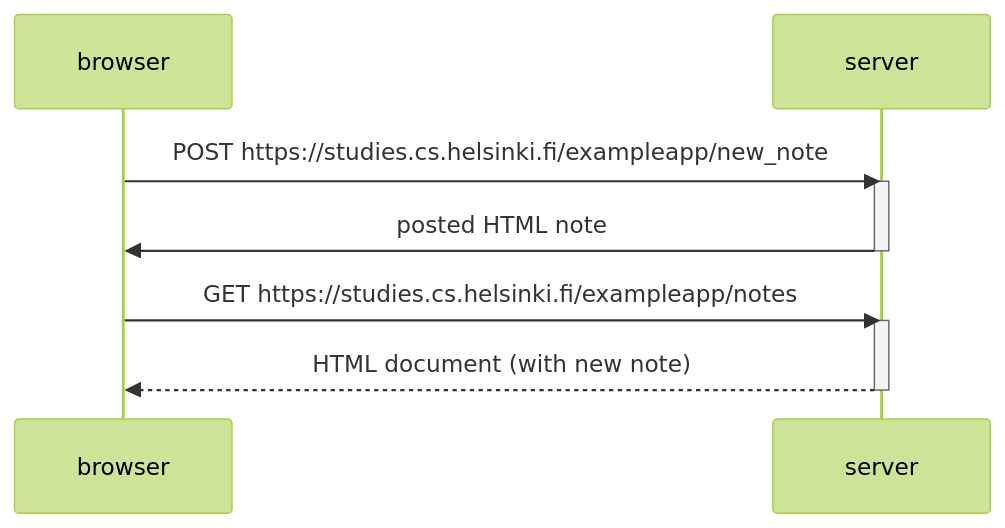
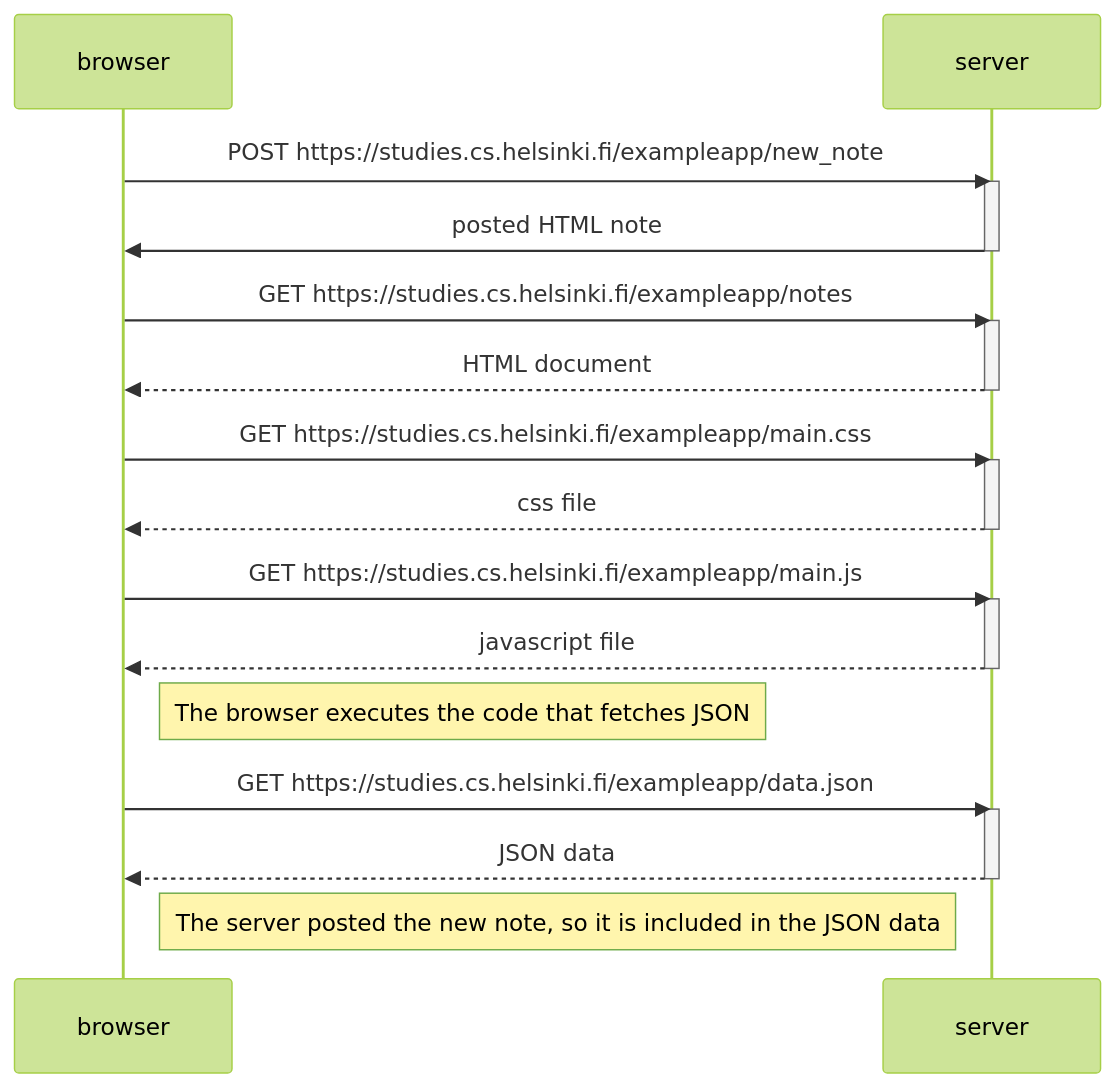
The diagram in part0/04.md (zuzacuza/fullstackcourse), drawn with Mermaid (forest theme) before and after one commit.

Commit message:
completed 04

````diff
--- a/part0/04.md
+++ b/part0/04.md
@@ -1,15 +1,35 @@
 ```mermaid
     sequenceDiagram
         participant browser
         participant server
         
        browser->>server: POST https://studies.cs.helsinki.fi/exampleapp/new_note
        activate server
        server->>browser: posted HTML note
        deactivate server
 
        browser->>server: GET https://studies.cs.helsinki.fi/exampleapp/notes
        activate server
-       server-->>browser: HTML document (with new note)
+       server-->>browser: HTML document
        deactivate server 
+
+       browser->>server: GET https://studies.cs.helsinki.fi/exampleapp/main.css
+       activate server
+       server-->>browser: css file 
+       deactivate server
+
+       browser->>server: GET https://studies.cs.helsinki.fi/exampleapp/main.js
+       activate server
+       server-->>browser: javascript file
+       deactivate server
+
+       Note right of browser: The browser executes the code that fetches JSON
+    
+       browser->>server: GET https://studies.cs.helsinki.fi/exampleapp/data.json
+       activate server
+       server-->>browser: JSON data
+       deactivate server
+
+       Note right of browser: The server posted the new note, so it is included in the JSON data
+
 ```
````
